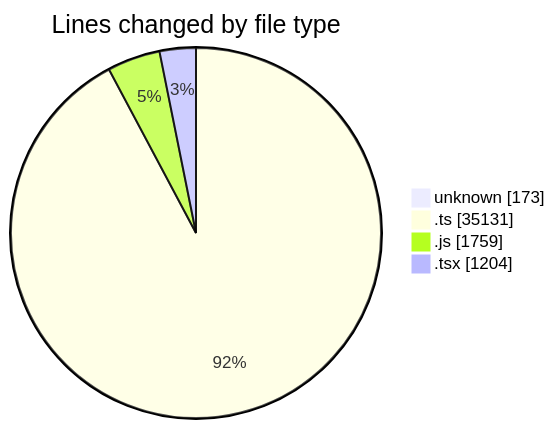
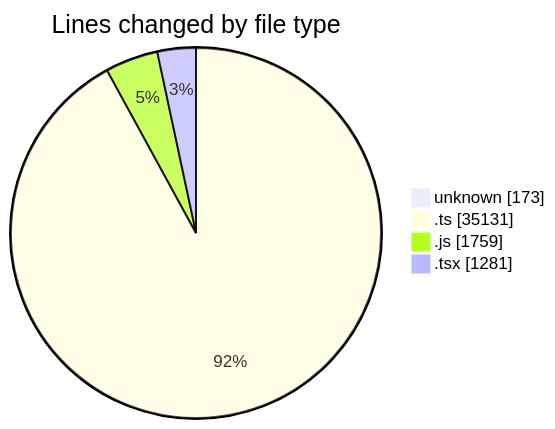
One commit to momahboobian/code-tracking changed the first of 2 diagrams in 2026-08-24/cda/README.md. Above: the diagram before and after it, drawn with Mermaid. The commit also changed other lines of this file and 1 other file, not shown here.

````diff
--- a/2026-08-24/cda/README.md
+++ b/2026-08-24/cda/README.md
@@ -42,8 +42,8 @@
 ```mermaid
 pie showData
 title Lines changed by file type
 "unknown" : 173
 ".ts" : 35131
 ".js" : 1759
-".tsx" : 1204
+".tsx" : 1281
 ```
````
